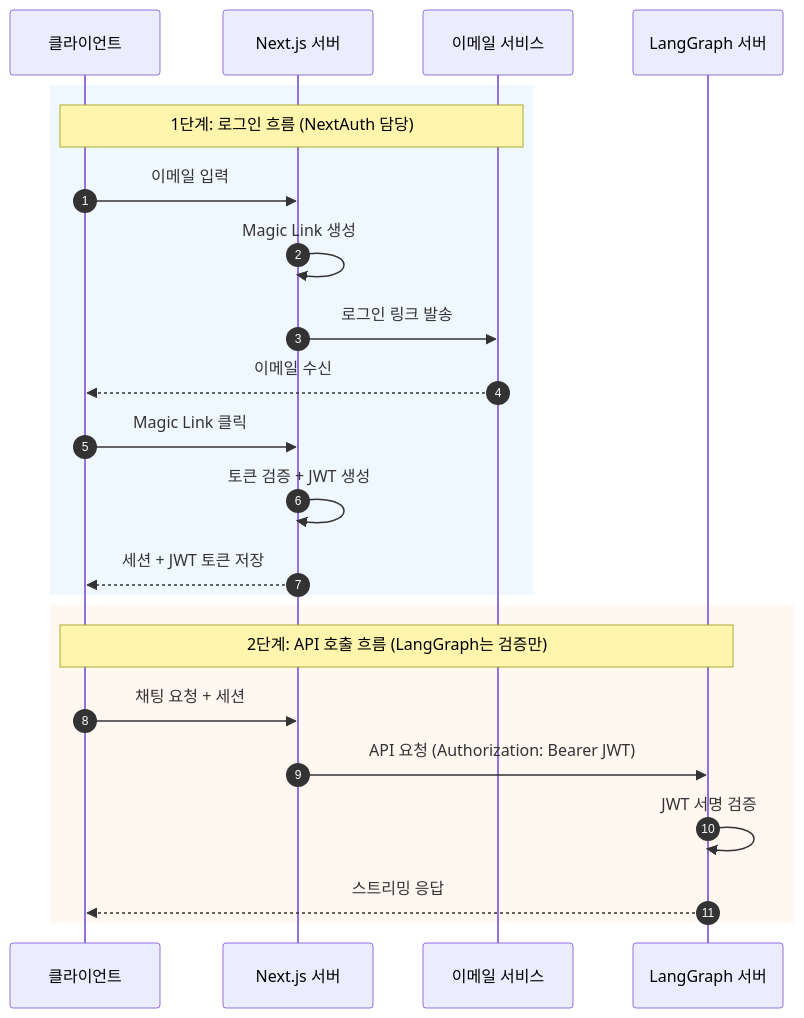
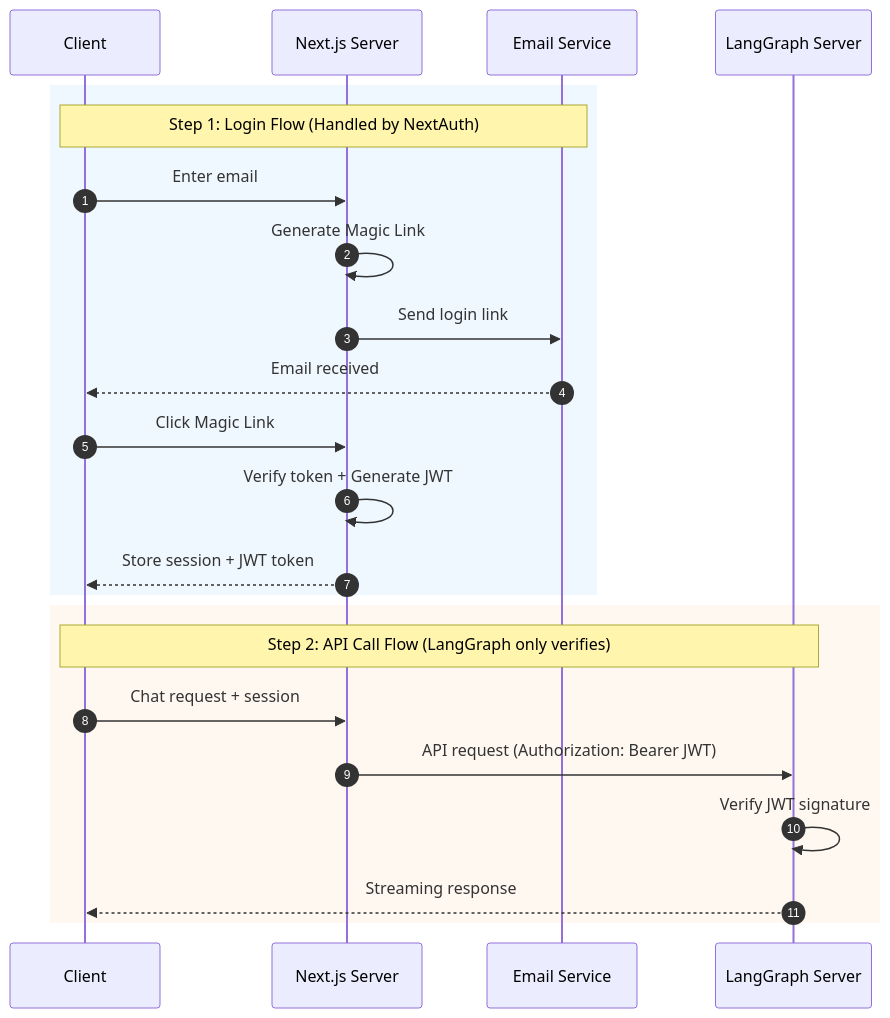
One commit to braincrew-lab/langgraph-chat-ui changed the diagram in docs/03-NEXTAUTH-EMAIL.md. Above: the diagram before and after it, drawn with Mermaid. The commit also changed other lines of this file and 24 other files, not shown here.

````diff
--- a/docs/03-NEXTAUTH-EMAIL.md
+++ b/docs/03-NEXTAUTH-EMAIL.md
@@ -16,27 +16,27 @@
 ```mermaid
 sequenceDiagram
     autonumber
-    participant Client as 클라이언트
-    participant NextJS as Next.js 서버
-    participant Email as 이메일 서비스
-    participant LangGraph as LangGraph 서버
+    participant Client as Client
+    participant NextJS as Next.js Server
+    participant Email as Email Service
+    participant LangGraph as LangGraph Server
 
     rect rgb(240, 248, 255)
-        Note over Client,Email: 1단계: 로그인 흐름 (NextAuth 담당)
-        Client->>NextJS: 이메일 입력
-        NextJS->>NextJS: Magic Link 생성
-        NextJS->>Email: 로그인 링크 발송
-        Email-->>Client: 이메일 수신
-        Client->>NextJS: Magic Link 클릭
-        NextJS->>NextJS: 토큰 검증 + JWT 생성
-        NextJS-->>Client: 세션 + JWT 토큰 저장
+        Note over Client,Email: Step 1: Login Flow (Handled by NextAuth)
+        Client->>NextJS: Enter email
+        NextJS->>NextJS: Generate Magic Link
+        NextJS->>Email: Send login link
+        Email-->>Client: Email received
+        Client->>NextJS: Click Magic Link
+        NextJS->>NextJS: Verify token + Generate JWT
+        NextJS-->>Client: Store session + JWT token
     end
 
     rect rgb(255, 248, 240)
-        Note over Client,LangGraph: 2단계: API 호출 흐름 (LangGraph는 검증만)
-        Client->>NextJS: 채팅 요청 + 세션
-        NextJS->>LangGraph: API 요청 (Authorization: Bearer JWT)
-        LangGraph->>LangGraph: JWT 서명 검증
-        LangGraph-->>Client: 스트리밍 응답
+        Note over Client,LangGraph: Step 2: API Call Flow (LangGraph only verifies)
+        Client->>NextJS: Chat request + session
+        NextJS->>LangGraph: API request (Authorization: Bearer JWT)
+        LangGraph->>LangGraph: Verify JWT signature
+        LangGraph-->>Client: Streaming response
     end
 ```
````
